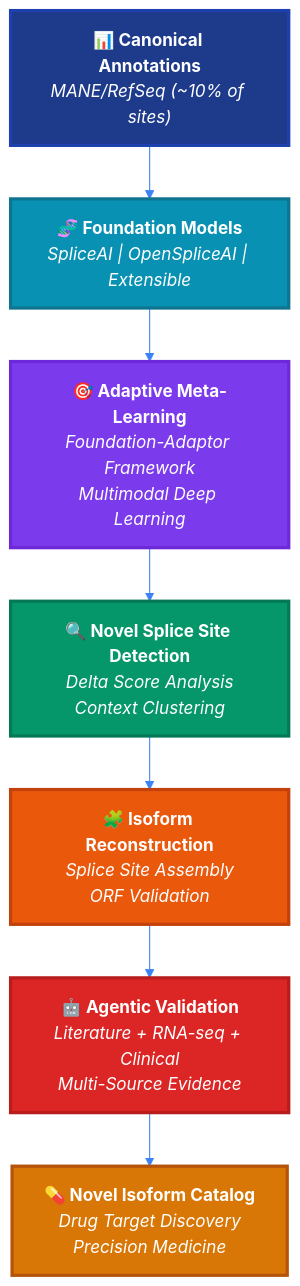
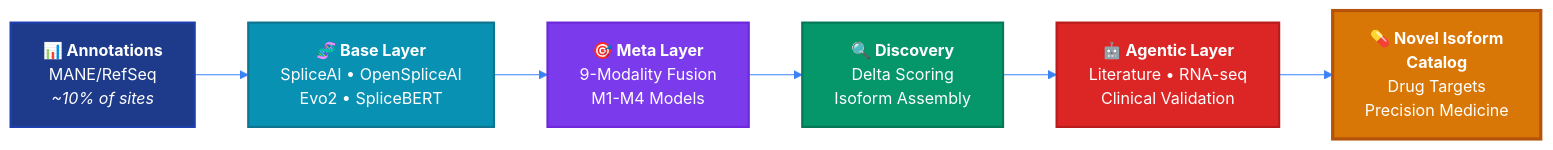
Before and after one commit to pleiadian53/agentic-spliceai: the second of 2 diagrams in README.md, drawn with Mermaid.

Commit message:
Improve vision Mermaid diagram: horizontal layout, fix text clipping
- Switch from vertical (graph TB) to horizontal (graph LR) flow
- Merge 7 boxes into 6 (combine detection + reconstruction)
- Fix "Novel Isoform Catalog" text clipping with line break
- Add Evo2/SpliceBERT to Base Layer box
- Shorter labels for better readability

````diff
--- a/README.md
+++ b/README.md
@@ -129,27 +129,20 @@
 ```mermaid
-%%{init: {'theme':'base', 'themeVariables': { 'primaryColor':'#1e3a8a','primaryTextColor':'#fff','primaryBorderColor':'#1e40af','lineColor':'#3b82f6','secondaryColor':'#059669','tertiaryColor':'#dc2626','background':'#f8fafc','mainBkg':'#1e3a8a','secondaryBkg':'#059669','tertiaryBkg':'#dc2626','textColor':'#1e293b','fontSize':'16px','fontFamily':'ui-sans-serif, system-ui, sans-serif'}}}%%
+%%{init: {'theme':'base', 'themeVariables': { 'primaryColor':'#1e3a8a','primaryTextColor':'#fff','lineColor':'#3b82f6','fontSize':'15px','fontFamily':'ui-sans-serif, system-ui, sans-serif'}}}%%
 
-graph TB
-    A["<b>📊 Canonical Annotations</b><br/><i>MANE/RefSeq (~10% of sites)</i>"]:::canonical
-    B["<b>🧬 Foundation Models</b><br/><i>SpliceAI | OpenSpliceAI | Extensible</i>"]:::foundation
-    C["<b>🎯 Adaptive Meta-Learning</b><br/><i>Foundation-Adaptor Framework<br/>Multimodal Deep Learning</i>"]:::metalayer
-    D["<b>🔍 Novel Splice Site Detection</b><br/><i>Delta Score Analysis<br/>Context Clustering</i>"]:::discovery
-    E["<b>🧩 Isoform Reconstruction</b><br/><i>Splice Site Assembly<br/>ORF Validation</i>"]:::assembly
-    F["<b>🤖 Agentic Validation</b><br/><i>Literature + RNA-seq + Clinical<br/>Multi-Source Evidence</i>"]:::agentic
-    G["<b>💊 Novel Isoform Catalog</b><br/><i>Drug Target Discovery<br/>Precision Medicine</i>"]:::output
+graph LR
+    A["<b>📊 Annotations</b><br/>MANE/RefSeq<br/><i>~10% of sites</i>"]:::canonical
+    B["<b>🧬 Base Layer</b><br/>SpliceAI • OpenSpliceAI<br/>Evo2 • SpliceBERT"]:::foundation
+    C["<b>🎯 Meta Layer</b><br/>9-Modality Fusion<br/>M1-M4 Models"]:::metalayer
+    D["<b>🔍 Discovery</b><br/>Delta Scoring<br/>Isoform Assembly"]:::discovery
+    E["<b>🤖 Agentic Layer</b><br/>Literature • RNA-seq<br/>Clinical Validation"]:::agentic
+    F["<b>💊 Novel Isoform<br/>Catalog</b><br/>Drug Targets<br/>Precision Medicine"]:::output
 
-    A --> B
-    B --> C
-    C --> D
-    D --> E
-    E --> F
-    F --> G
+    A --> B --> C --> D --> E --> F
 
-    classDef canonical fill:#1e3a8a,stroke:#1e40af,stroke-width:3px,color:#ffffff
-    classDef foundation fill:#0891b2,stroke:#0e7490,stroke-width:3px,color:#ffffff
-    classDef metalayer fill:#7c3aed,stroke:#6d28d9,stroke-width:3px,color:#ffffff
-    classDef discovery fill:#059669,stroke:#047857,stroke-width:3px,color:#ffffff
-    classDef assembly fill:#ea580c,stroke:#c2410c,stroke-width:3px,color:#ffffff
-    classDef agentic fill:#dc2626,stroke:#b91c1c,stroke-width:3px,color:#ffffff
+    classDef canonical fill:#1e3a8a,stroke:#1e40af,stroke-width:2px,color:#ffffff
+    classDef foundation fill:#0891b2,stroke:#0e7490,stroke-width:2px,color:#ffffff
+    classDef metalayer fill:#7c3aed,stroke:#6d28d9,stroke-width:2px,color:#ffffff
+    classDef discovery fill:#059669,stroke:#047857,stroke-width:2px,color:#ffffff
+    classDef agentic fill:#dc2626,stroke:#b91c1c,stroke-width:2px,color:#ffffff
     classDef output fill:#d97706,stroke:#b45309,stroke-width:3px,color:#ffffff
 ```
````
